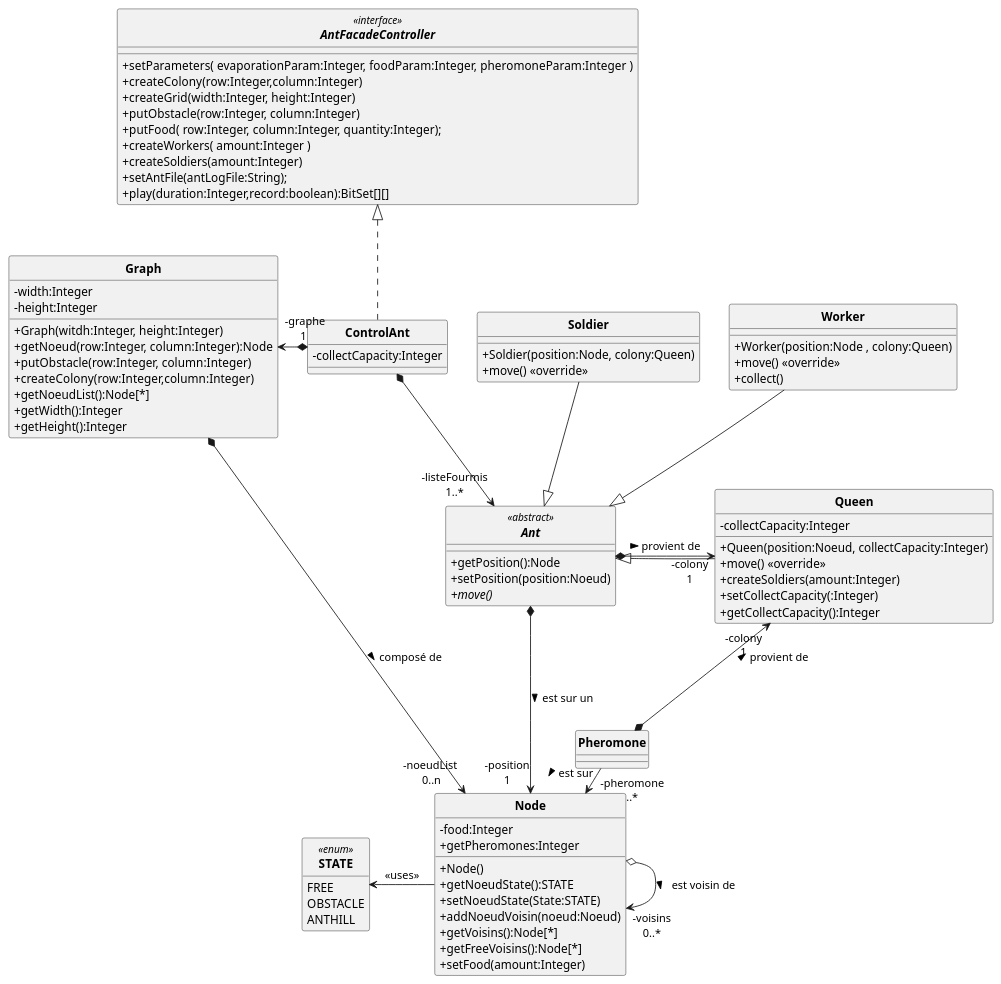
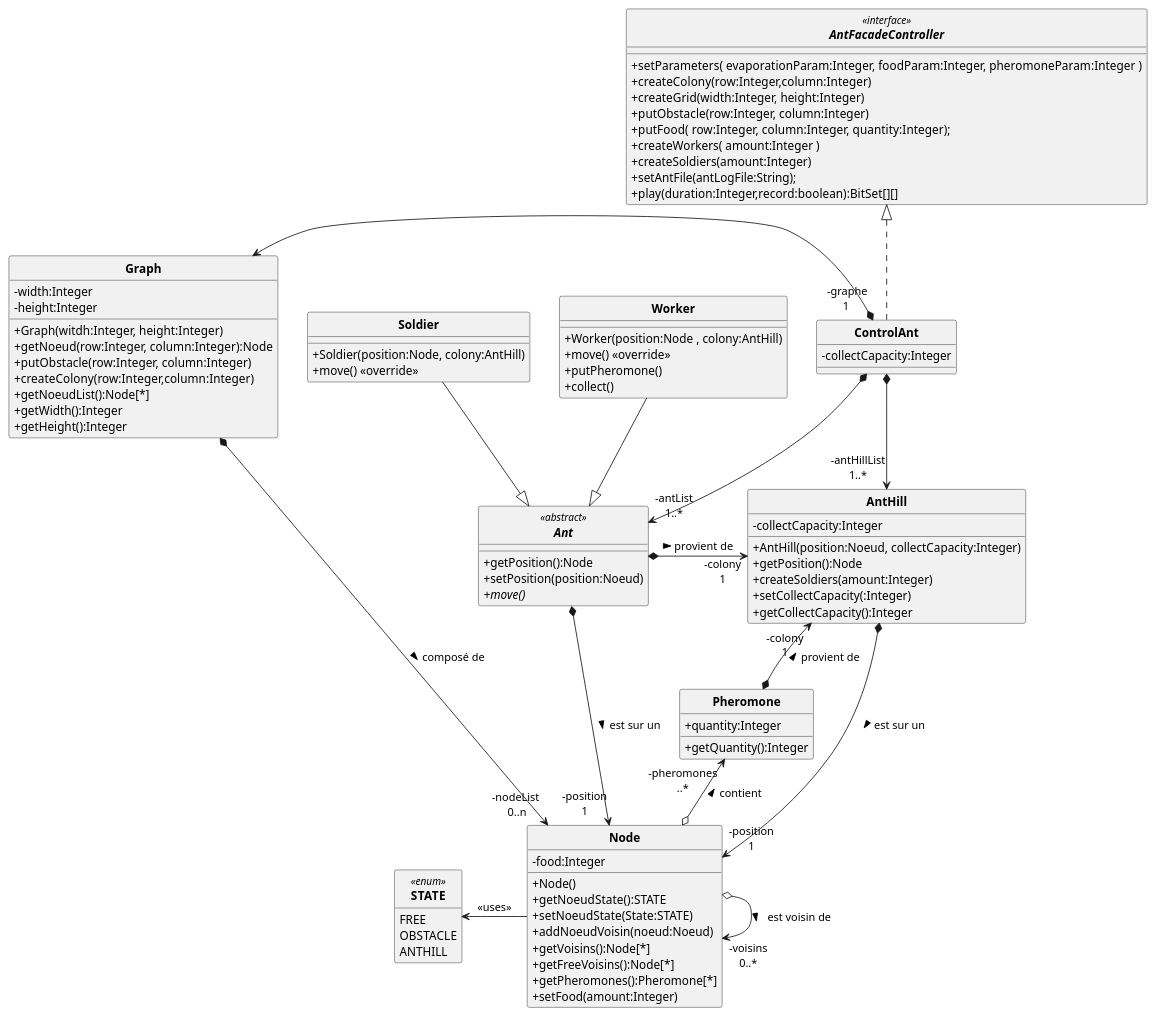
One commit to ErenMustafaGit/ColonieFourmis changed the diagram in src/main/uml/Fourmis_DC.puml. Above: the diagram before and after it, drawn with PlantUML. The commit also changed 10 other files, not shown here.

Commit message:
Fourmis_DC et DCa : AntHill Renommé Queen en Anthill ControlAnt : play

```diff
--- a/src/main/uml/Fourmis_DC.puml
+++ b/src/main/uml/Fourmis_DC.puml
@@ -1,113 +1,118 @@
 @startuml
 'https://plantuml.com/sequence-diagram
 allow_mixing
 skinparam style strictuml
 skinparam classAttributeIconSize 0
 skinparam circledCharacterRadius 0
 skinparam circledCharacterFontSize 0
 skinparam classFontStyle Bold
 'autonumber
 hide enum methods
 
 'Controleur
 interface AntFacadeController <<interface>> {
     +setParameters( evaporationParam:Integer, foodParam:Integer, pheromoneParam:Integer )
     +createColony(row:Integer,column:Integer)
     +createGrid(width:Integer, height:Integer)
     +putObstacle(row:Integer, column:Integer)
     +putFood( row:Integer, column:Integer, quantity:Integer);
     +createWorkers( amount:Integer )
     +createSoldiers(amount:Integer)
     +setAntFile(antLogFile:String);
     +play(duration:Integer,record:boolean):BitSet[][]
 }
 
 class Node {
     -food:Integer
     +Node()
     +getNoeudState():STATE
     +setNoeudState(State:STATE)
     +addNoeudVoisin(noeud:Noeud)
     +getVoisins():Node[*]
     +getFreeVoisins():Node[*]
-    +getPheromones:Integer
+    +getPheromones():Pheromone[*]
     +setFood(amount:Integer)
 }
 enum STATE <<enum>> {
     FREE
     OBSTACLE
     ANTHILL
 }
 
 'class Food{
 '    -amount:Integer
 '    +Food()
 '}
 class Pheromone{
+    +quantity:Integer
+    +getQuantity():Integer
 }
 
 
 abstract Ant <<abstract>> {
     +getPosition():Node
     +setPosition(position:Noeud)
     {abstract} +move()
 }
-class Queen{
+class AntHill{
     -collectCapacity:Integer
-    +Queen(position:Noeud, collectCapacity:Integer)
-    +move() <<override>>
+    +AntHill(position:Noeud, collectCapacity:Integer)
+    +getPosition():Node
     +createSoldiers(amount:Integer)
     +setCollectCapacity(:Integer)
     +getCollectCapacity():Integer
 }
 class Soldier{
-    +Soldier(position:Node, colony:Queen)
+    +Soldier(position:Node, colony:AntHill)
     +move() <<override>>
 }
 
 class Worker {
-    +Worker(position:Node , colony:Queen)
+    +Worker(position:Node , colony:AntHill)
     +move() <<override>>
+    +putPheromone()
     +collect()
 }
 
 
 class ControlAnt implements AntFacadeController{
     -collectCapacity:Integer
 }
 
 
 class Graph{
  -width:Integer
  -height:Integer
  +Graph(witdh:Integer, height:Integer)
  +getNoeud(row:Integer, column:Integer):Node
  +putObstacle(row:Integer, column:Integer)
  +createColony(row:Integer,column:Integer)
  +getNoeudList():Node[*]
  +getWidth():Integer
  +getHeight():Integer
 }
 
 
 Soldier --|> Ant
-Queen -l-|> Ant
 Worker --|> Ant
 
 ControlAnt "-graphe\n1 " *-l-> Graph
-ControlAnt  *--> "-listeFourmis\n1..*" Ant
+ControlAnt  *-r-> "-antList\n1..*" Ant
+ControlAnt  *--> "-antHillList\n1..*" AntHill
 
-Graph *-r-> "-noeudList \n0..n" Node : composé de >
+Graph *-r-> "-nodeList \n0..n" Node : composé de >
+
 'historique = liste de noeud déjà passé par la fourmi
 '"-position 1\n-historique 0..*"
-Ant *---> "-position\n1" Node  : est sur un >
+Ant *--> "-position\n1" Node  : est sur un >
+AntHill *---> "-position\n1" Node  : est sur un >
 Node o-> "-voisins\n0..*"  Node  : est voisin de >
 
 Node -l-> STATE : <<uses>>
-'Node --> "-food\n1" Food : contient >
 
-Ant *-> "-colony\n1" Queen : provient de >
-Pheromone *-u-> "-colony\n1" Queen : provient de >
-Pheromone -> "-pheromone\n..*" Node : est sur >
+Ant *-> "-colony\n1" AntHill : provient de >
+Pheromone *-u-> "-colony\n1" AntHill : provient de >
+Node o-u-> "-pheromones\n..*" Pheromone : contient >
+
 
 @enduml
```
